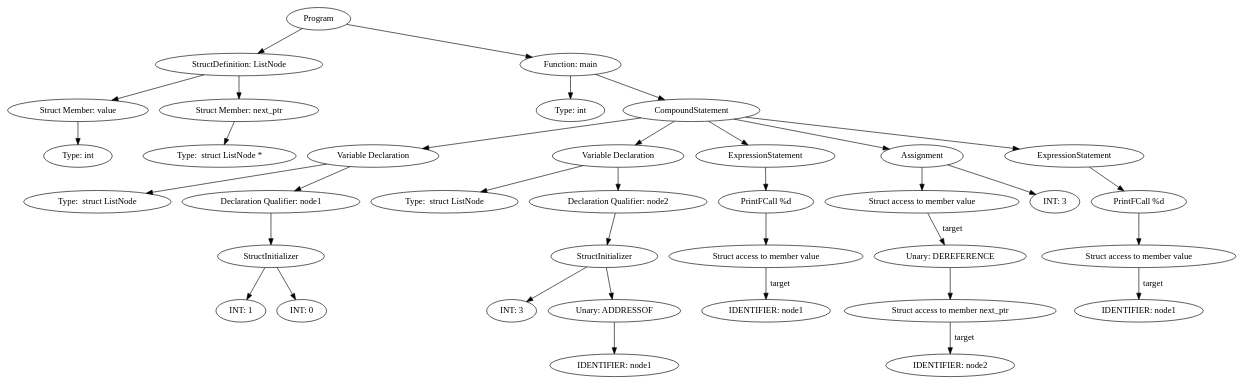
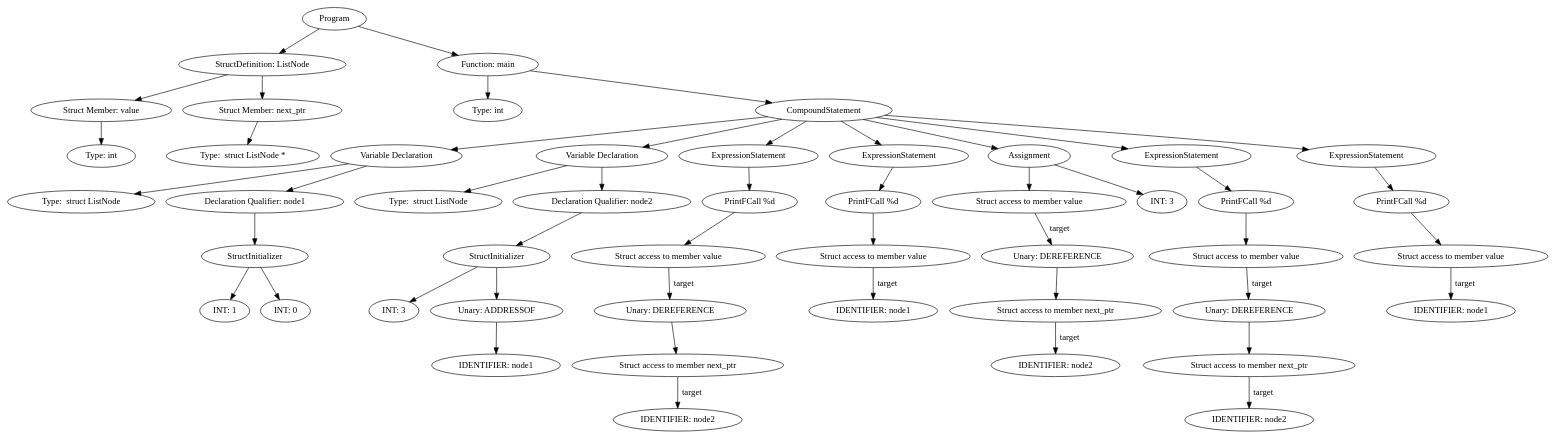
Before and after one commit to ArneDePeuter/UA-2024-Compiler: the diagram in output/in_AST.dot, drawn with Graphviz. The commit also changed 12 other files, not shown here.

```diff
--- a/output/in_AST.dot
+++ b/output/in_AST.dot
@@ -1,73 +1,97 @@
 digraph ExpressionGraph {
-4487200144 [label="Program"];
-4487200144 -> 4486778512;
-4486778512 [label="StructDefinition: ListNode"];
-4487199120 [label="Struct Member: value"];
-4487080528 [label="Type: int "];
-4487199120 -> 4487080528;
-4486778512 -> 4487199120;
-4487195024 [label="Struct Member: next_ptr"];
-4487198544 [label="Type:  struct ListNode *"];
-4487195024 -> 4487198544;
-4486778512 -> 4487195024;
-4487200144 -> 4487196112;
-4487196112 [label="Function: main"];
-4487196112 -> 4487198864;
-4487198864 [label="Type: int "];
-4487196112 -> 4486716368;
-4486716368 [label="CompoundStatement"];
-4486716368 -> 4478946768;
-4478946768 [label="Variable Declaration"];
-4478946768 -> 4487274832;
-4487274832 [label="Type:  struct ListNode "];
-4478946768 -> 4487271760;
-4487271760 [label="Declaration Qualifier: node1"];
-4487271760 -> 4487280336;
-4487280336 [label="StructInitializer"];
-4487274704 [label="INT: 1"];
-4487280336 -> 4487274704;
-4487274640 [label="INT: 0"];
-4487280336 -> 4487274640;
-4486716368 -> 4487277584;
-4487277584 [label="Variable Declaration"];
-4487277584 -> 4487271056;
-4487271056 [label="Type:  struct ListNode "];
-4487277584 -> 4487272592;
-4487272592 [label="Declaration Qualifier: node2"];
-4487272592 -> 4487272208;
-4487272208 [label="StructInitializer"];
-4487270992 [label="INT: 3"];
-4487272208 -> 4487270992;
-4487274576 [label="Unary: ADDRESSOF"];
-4487274576 -> 4487270864;
-4487270864 [label="IDENTIFIER: node1"];
-4487272208 -> 4487274576;
-4486716368 -> 4487278416;
-4487278416 [label="ExpressionStatement"];
-4487278416 -> 4487278736;
-4487278736 [label="PrintFCall %d"];
-4487278736 -> 4487277712;
-4487277712 [label="Struct access to member value"];
-4487271120 [label="IDENTIFIER: node1"];
-4487277712 -> 4487271120 [label="target"];
-4486716368 -> 4487273936;
-4487273936 [label="Assignment"];
-4487273936 -> 4487276496;
-4487276496 [label="Struct access to member value"];
-4487276048 [label="Unary: DEREFERENCE"];
-4487276048 -> 4487276240;
-4487276240 [label="Struct access to member next_ptr"];
-4487276560 [label="IDENTIFIER: node2"];
-4487276240 -> 4487276560 [label="target"];
-4487276496 -> 4487276048 [label="target"];
-4487273936 -> 4487276176;
-4487276176 [label="INT: 3"];
-4486716368 -> 4487273872;
-4487273872 [label="ExpressionStatement"];
-4487273872 -> 4487272784;
-4487272784 [label="PrintFCall %d"];
-4487272784 -> 4487273424;
-4487273424 [label="Struct access to member value"];
-4487273680 [label="IDENTIFIER: node1"];
-4487273424 -> 4487273680 [label="target"];
+4395523152 [label="Program"];
+4395523152 -> 4395138448;
+4395138448 [label="StructDefinition: ListNode"];
+4395360400 [label="Struct Member: value"];
+4395359632 [label="Type: int "];
+4395360400 -> 4395359632;
+4395138448 -> 4395360400;
+4395523408 [label="Struct Member: next_ptr"];
+4395527376 [label="Type:  struct ListNode *"];
+4395523408 -> 4395527376;
+4395138448 -> 4395523408;
+4395523152 -> 4395528144;
+4395528144 [label="Function: main"];
+4395528144 -> 4395530128;
+4395530128 [label="Type: int "];
+4395528144 -> 4395138960;
+4395138960 [label="CompoundStatement"];
+4395138960 -> 4395529808;
+4395529808 [label="Variable Declaration"];
+4395529808 -> 4395527952;
+4395527952 [label="Type:  struct ListNode "];
+4395529808 -> 4395527888;
+4395527888 [label="Declaration Qualifier: node1"];
+4395527888 -> 4395517392;
+4395517392 [label="StructInitializer"];
+4394279568 [label="INT: 1"];
+4395517392 -> 4394279568;
+4395526544 [label="INT: 0"];
+4395517392 -> 4395526544;
+4395138960 -> 4396848464;
+4396848464 [label="Variable Declaration"];
+4396848464 -> 4395520592;
+4395520592 [label="Type:  struct ListNode "];
+4396848464 -> 4396848400;
+4396848400 [label="Declaration Qualifier: node2"];
+4396848400 -> 4396848336;
+4396848336 [label="StructInitializer"];
+4395528208 [label="INT: 3"];
+4396848336 -> 4395528208;
+4396850448 [label="Unary: ADDRESSOF"];
+4396850448 -> 4396849872;
+4396849872 [label="IDENTIFIER: node1"];
+4396848336 -> 4396850448;
+4395138960 -> 4396850576;
+4396850576 [label="ExpressionStatement"];
+4396850576 -> 4396844880;
+4396844880 [label="PrintFCall %d"];
+4396844880 -> 4396858768;
+4396858768 [label="Struct access to member value"];
+4396848208 [label="Unary: DEREFERENCE"];
+4396848208 -> 4396854032;
+4396854032 [label="Struct access to member next_ptr"];
+4396848656 [label="IDENTIFIER: node2"];
+4396854032 -> 4396848656 [label="target"];
+4396858768 -> 4396848208 [label="target"];
+4395138960 -> 4396847504;
+4396847504 [label="ExpressionStatement"];
+4396847504 -> 4396848528;
+4396848528 [label="PrintFCall %d"];
+4396848528 -> 4396858896;
+4396858896 [label="Struct access to member value"];
+4396854288 [label="IDENTIFIER: node1"];
+4396858896 -> 4396854288 [label="target"];
+4395138960 -> 4396853328;
+4396853328 [label="Assignment"];
+4396853328 -> 4396845648;
+4396845648 [label="Struct access to member value"];
+4396846096 [label="Unary: DEREFERENCE"];
+4396846096 -> 4396845840;
+4396845840 [label="Struct access to member next_ptr"];
+4396847632 [label="IDENTIFIER: node2"];
+4396845840 -> 4396847632 [label="target"];
+4396845648 -> 4396846096 [label="target"];
+4396853328 -> 4396850512;
+4396850512 [label="INT: 3"];
+4395138960 -> 4396851344;
+4396851344 [label="ExpressionStatement"];
+4396851344 -> 4396852560;
+4396852560 [label="PrintFCall %d"];
+4396852560 -> 4396852304;
+4396852304 [label="Struct access to member value"];
+4396853648 [label="Unary: DEREFERENCE"];
+4396853648 -> 4396853456;
+4396853456 [label="Struct access to member next_ptr"];
+4396852816 [label="IDENTIFIER: node2"];
+4396853456 -> 4396852816 [label="target"];
+4396852304 -> 4396853648 [label="target"];
+4395138960 -> 4396854864;
+4396854864 [label="ExpressionStatement"];
+4396854864 -> 4396851216;
+4396851216 [label="PrintFCall %d"];
+4396851216 -> 4396853520;
+4396853520 [label="Struct access to member value"];
+4396854608 [label="IDENTIFIER: node1"];
+4396853520 -> 4396854608 [label="target"];
 }
```
